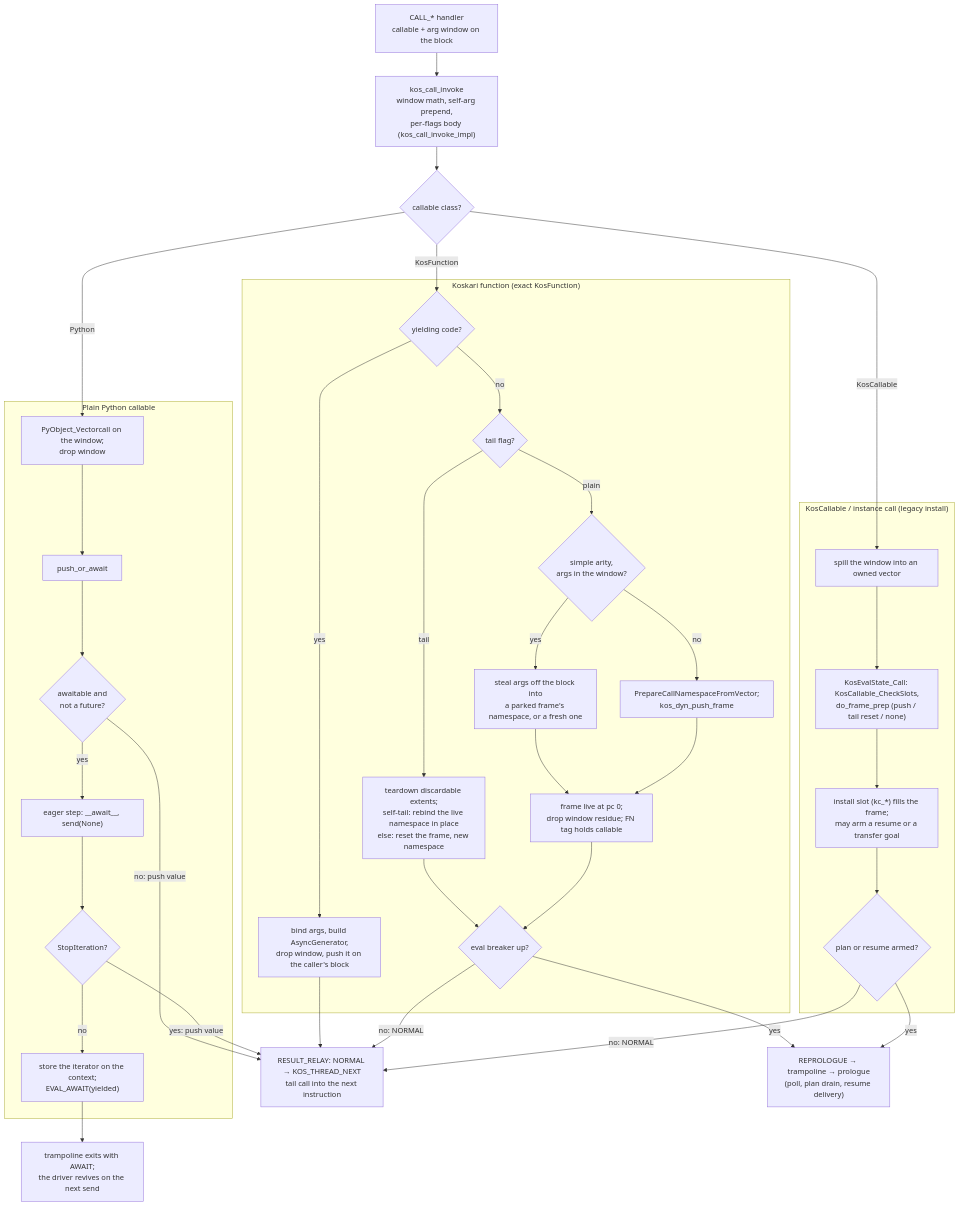
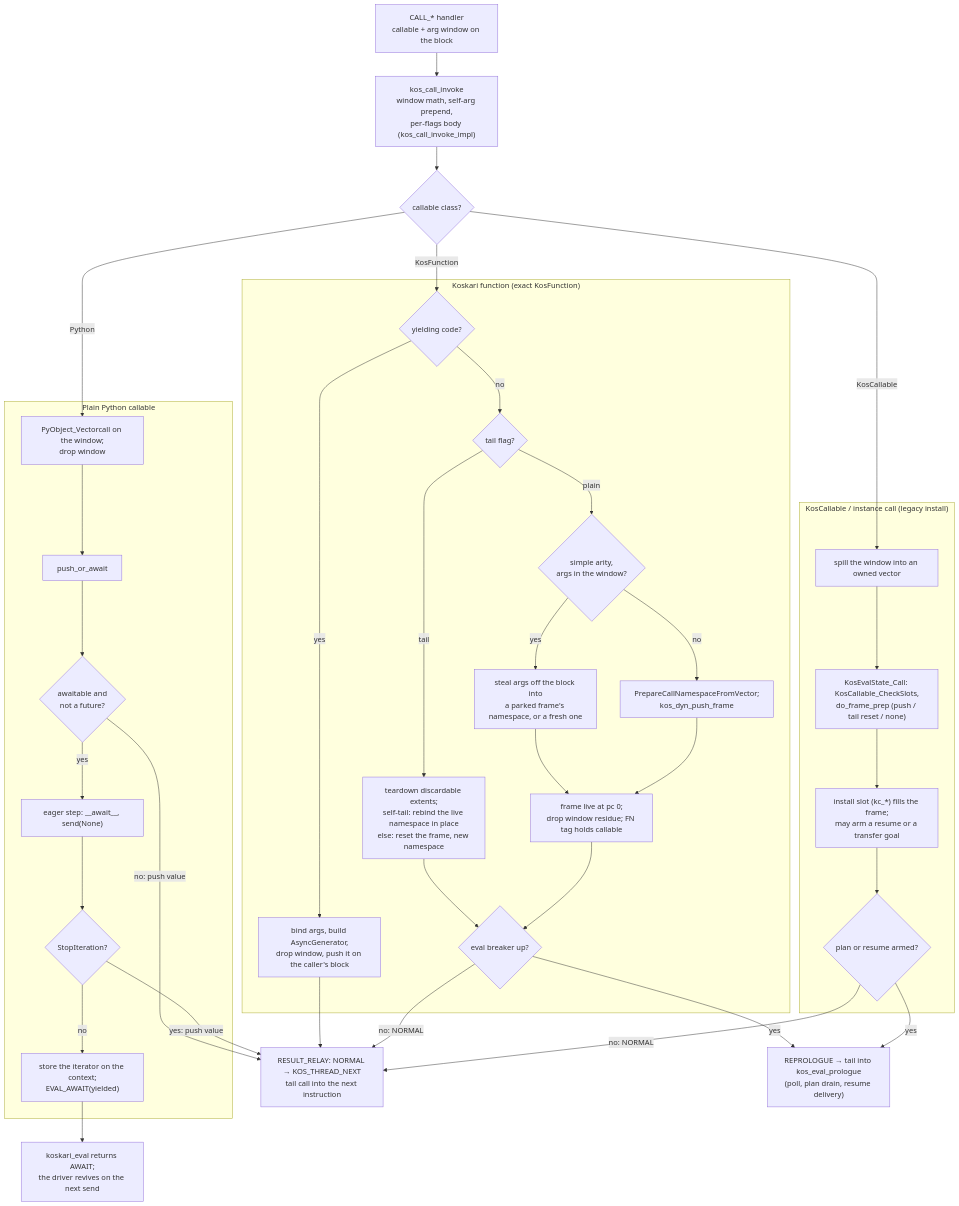
Before and after one commit to koskari-lang/koskari: diagram 11 of 12 in design/EVALUATOR.md, drawn with Mermaid. The commit also changed other lines of this file, not shown here.

First line of the commit message:
Describe the evaluator as one call into a threaded prologue

````diff
--- a/design/EVALUATOR.md
+++ b/design/EVALUATOR.md
@@ -1147,60 +1165,60 @@
 ```mermaid
 flowchart TD
     op["CALL_* handler<br/>callable + arg window on the block"]
     inv["kos_call_invoke<br/>window math, self-arg prepend,<br/>per-flags body (kos_call_invoke_impl)"]
     cls{"callable class?"}
 
     subgraph kos["Koskari function (exact KosFunction)"]
         gen{"yielding code?"}
         agen["bind args, build AsyncGenerator,<br/>drop window, push it on the caller's block"]
         arity{"tail flag?"}
         tail["teardown discardable extents;<br/>self-tail: rebind the live namespace in place<br/>else: reset the frame, new namespace"]
         simple{"simple arity,<br/>args in the window?"}
         steal["steal args off the block into<br/>a parked frame's namespace, or a fresh one"]
         general["PrepareCallNamespaceFromVector;<br/>kos_dyn_push_frame"]
         inst["frame live at pc 0;<br/>drop window residue; FN tag holds callable"]
         coop{"eval breaker up?"}
     end
 
     subgraph py["Plain Python callable"]
         vc["PyObject_Vectorcall on the window;<br/>drop window"]
         poa["push_or_await"]
         aw{"awaitable and<br/>not a future?"}
         eager["eager step: __await__, send(None)"]
         done{"StopIteration?"}
         susp["store the iterator on the context;<br/>EVAL_AWAIT(yielded)"]
     end
 
     subgraph legacy["KosCallable / instance call (legacy install)"]
         spill["spill the window into an owned vector"]
         kcall["KosEvalState_Call: KosCallable_CheckSlots,<br/>do_frame_prep (push / tail reset / none)"]
         slot["install slot (kc_*) fills the frame;<br/>may arm a resume or a transfer goal"]
         armed{"plan or resume armed?"}
     end
 
     relay["RESULT_RELAY: NORMAL → KOS_THREAD_NEXT<br/>tail call into the next instruction"]
-    repro["REPROLOGUE → trampoline → prologue<br/>(poll, plan drain, resume delivery)"]
-    exit["trampoline exits with AWAIT;<br/>the driver revives on the next send"]
+    repro["REPROLOGUE → tail into kos_eval_prologue<br/>(poll, plan drain, resume delivery)"]
+    exit["koskari_eval returns AWAIT;<br/>the driver revives on the next send"]
 
     op --> inv --> cls
     cls -->|KosFunction| gen
     gen -->|yes| agen --> relay
     gen -->|no| arity
     arity -->|tail| tail --> coop
     arity -->|plain| simple
     simple -->|yes| steal --> inst
     simple -->|no| general --> inst
     inst --> coop
     coop -->|no: NORMAL| relay
     coop -->|yes| repro
 
     cls -->|Python| vc --> poa --> aw
     aw -->|no: push value| relay
     aw -->|yes| eager --> done
     done -->|yes: push value| relay
     done -->|no| susp --> exit
 
     cls -->|KosCallable| spill --> kcall --> slot --> armed
     armed -->|no: NORMAL| relay
     armed -->|yes| repro
 ```
````
